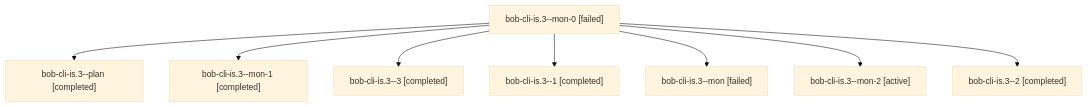
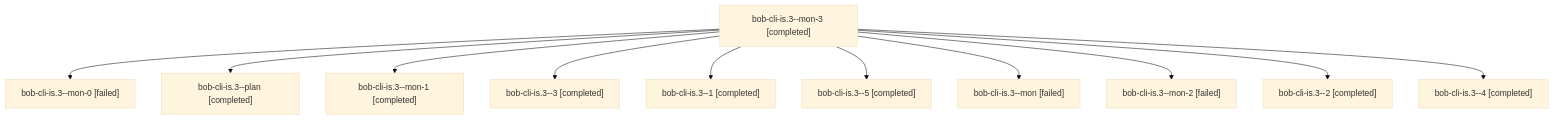
Before and after one commit to bobs-org/bob-cli--agents: the diagram in sessions/bbugyi200.apollo.bob-cli-is.3.md, drawn with Mermaid (base theme). The commit also changed other lines of this file and 76 other files, not shown here.

````diff
--- a/sessions/bbugyi200.apollo.bob-cli-is.3.md
+++ b/sessions/bbugyi200.apollo.bob-cli-is.3.md
@@ -9,18 +9,24 @@
 ```mermaid
 flowchart TD
-  n0["bob-cli-is.3--mon-0 [failed]"]
-  n1["bob-cli-is.3--plan [completed]"]
+  n0["bob-cli-is.3--mon-3 [completed]"]
+  n1["bob-cli-is.3--mon-0 [failed]"]
   n0 --> n1
-  n2["bob-cli-is.3--mon-1 [completed]"]
+  n2["bob-cli-is.3--plan [completed]"]
   n0 --> n2
-  n3["bob-cli-is.3--3 [completed]"]
+  n3["bob-cli-is.3--mon-1 [completed]"]
   n0 --> n3
-  n4["bob-cli-is.3--1 [completed]"]
+  n4["bob-cli-is.3--3 [completed]"]
   n0 --> n4
-  n5["bob-cli-is.3--mon [failed]"]
+  n5["bob-cli-is.3--1 [completed]"]
   n0 --> n5
-  n6["bob-cli-is.3--mon-2 [active]"]
+  n6["bob-cli-is.3--5 [completed]"]
   n0 --> n6
-  n7["bob-cli-is.3--2 [completed]"]
+  n7["bob-cli-is.3--mon [failed]"]
   n0 --> n7
+  n8["bob-cli-is.3--mon-2 [failed]"]
+  n0 --> n8
+  n9["bob-cli-is.3--2 [completed]"]
+  n0 --> n9
+  n10["bob-cli-is.3--4 [completed]"]
+  n0 --> n10
 ```
````
